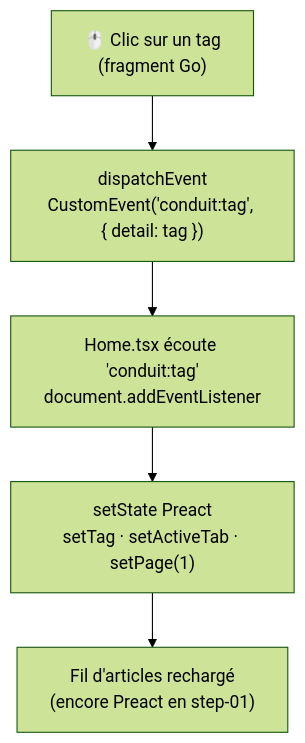
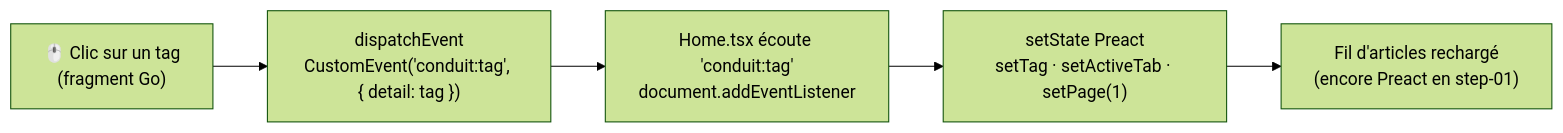
Before and after one commit to StephaneTrebel/htmx-de-maniere-simplix: the diagram in presentation/slides/31-migration-step-01.md, drawn with Mermaid (forest theme). The commit also changed other lines of this file and 7 other files, not shown here.

````diff
--- a/presentation/slides/31-migration-step-01.md
+++ b/presentation/slides/31-migration-step-01.md
@@ -67,10 +67,10 @@
 ```mermaid
-flowchart TD
+flowchart LR
     A["🖱️ Clic sur un tag<br/>(fragment Go)"]
     B["dispatchEvent<br/>CustomEvent('conduit:tag', { detail: tag })"]
     C["Home.tsx écoute 'conduit:tag'<br/>document.addEventListener"]
     D["setState Preact<br/>setTag · setActiveTab · setPage(1)"]
     E["Fil d'articles rechargé<br/>(encore Preact en step-01)"]
 
     A --> B --> C --> D --> E
 ```
````
